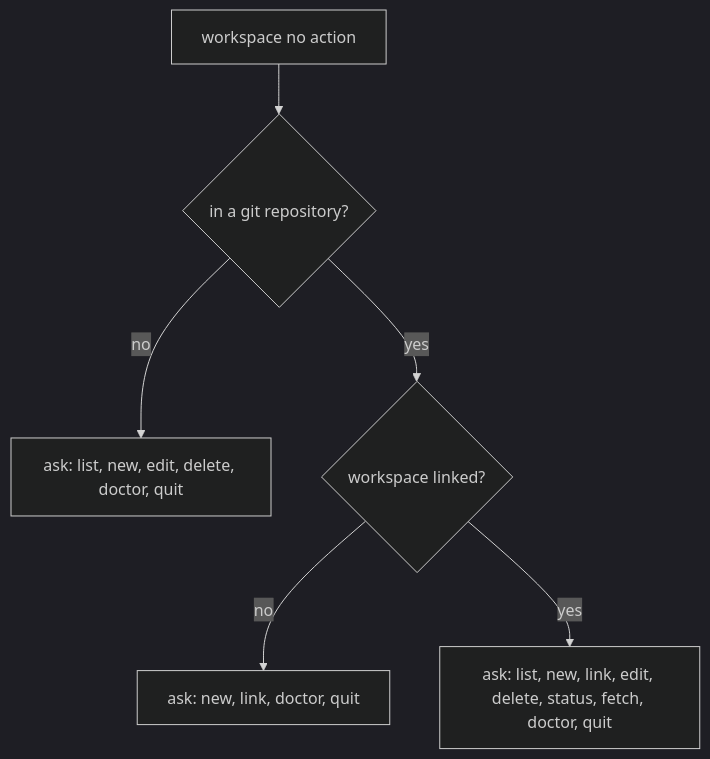
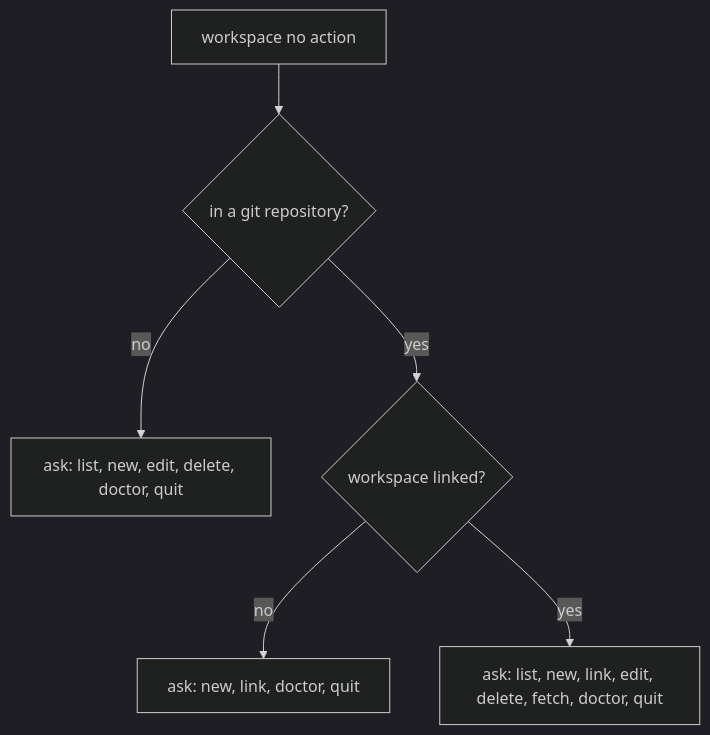
One commit to extsoft/elegant-git changed the diagram in docs/guides/workspaces.md. Above: the diagram before and after it, drawn with Mermaid (dark theme). The commit also changed other lines of this file and 22 other files, not shown here.

First line of the commit message:
Fold workspace status into list command

````diff
--- a/docs/guides/workspaces.md
+++ b/docs/guides/workspaces.md
@@ -115,9 +116,9 @@
 ```mermaid
 flowchart TD
   start[workspace no action]
   start --> inGit{in a git repository?}
   inGit -->|no| outside["ask: list, new, edit, delete, doctor, quit"]
   inGit -->|yes| linked{workspace linked?}
   linked -->|no| unlinked["ask: new, link, doctor, quit"]
-  linked -->|yes| linkedAsk["ask: list, new, link, edit, delete, status, fetch, doctor, quit"]
+  linked -->|yes| linkedAsk["ask: list, new, link, edit, delete, fetch, doctor, quit"]
 ```
````
